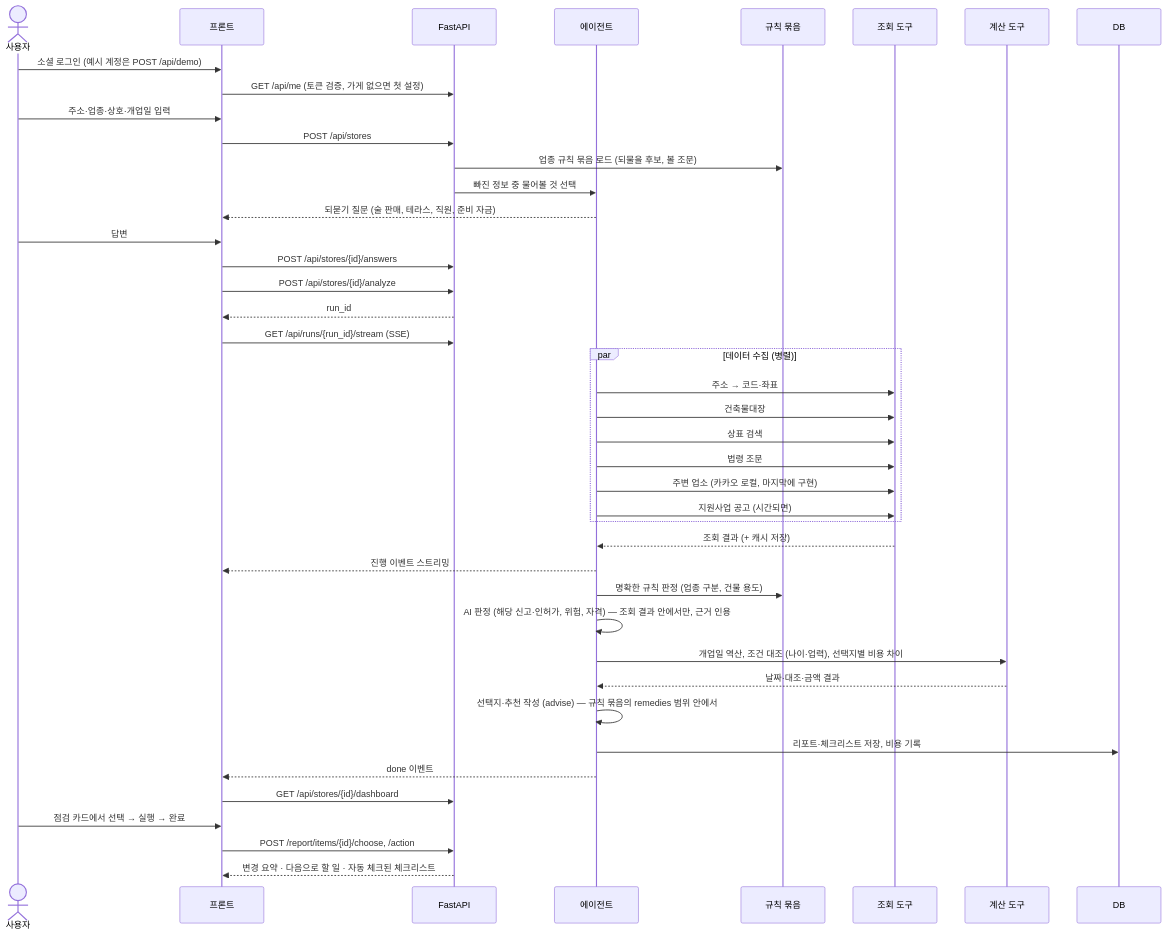
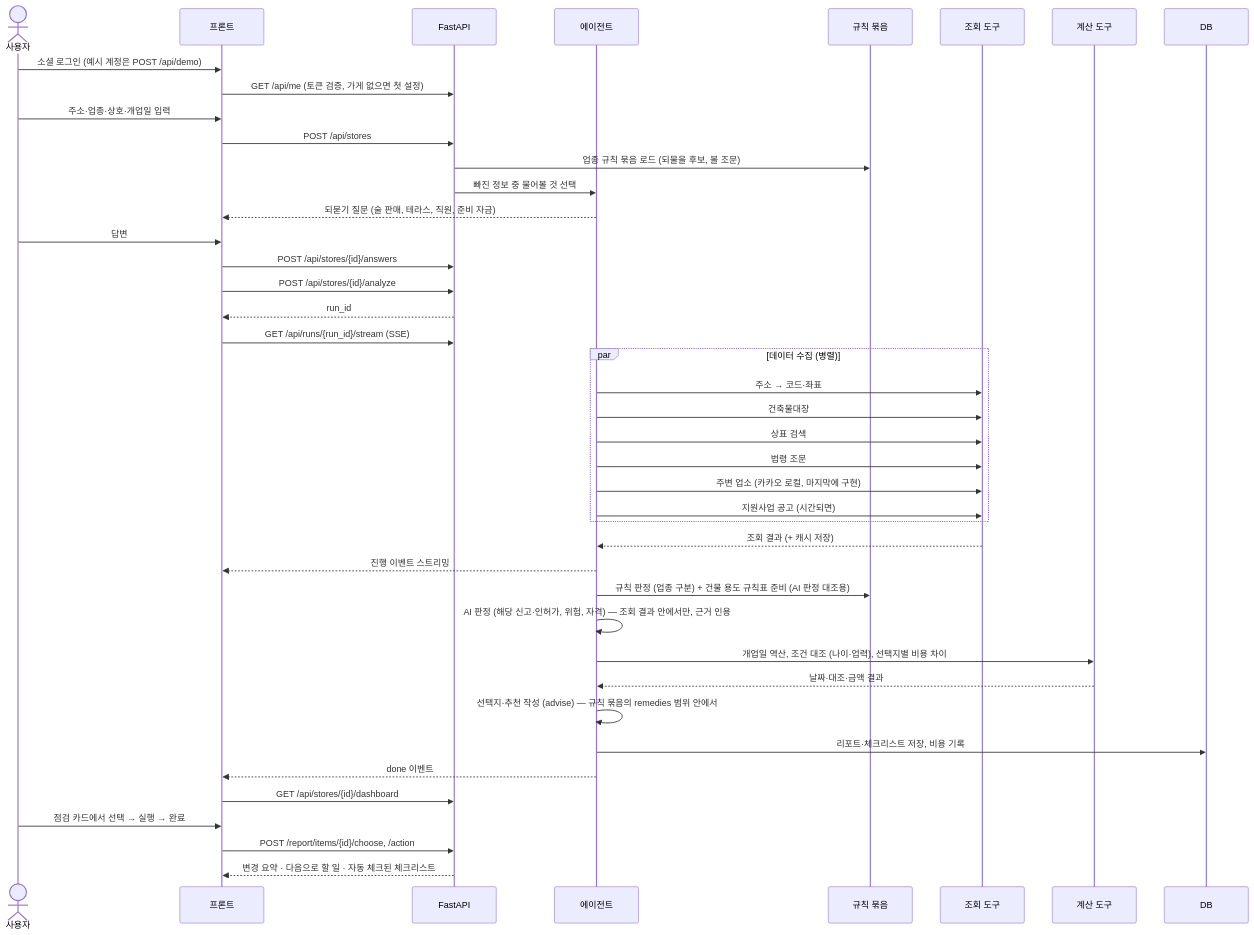
One commit to kimtaeg/Foundy changed the second of 4 diagrams in docs/아키텍처_인프라.md. Above: the diagram before and after it, drawn with Mermaid. The commit also changed other lines of this file and 9 other files, not shown here.

````diff
--- a/docs/아키텍처_인프라.md
+++ b/docs/아키텍처_인프라.md
@@ -115,45 +115,45 @@
 ```mermaid
 sequenceDiagram
     actor U as 사용자
     participant FE as 프론트
     participant API as FastAPI
     participant AG as 에이전트
     participant RP as 규칙 묶음
     participant T as 조회 도구
     participant C as 계산 도구
     participant DB as DB
 
     U->>FE: 소셜 로그인 (예시 계정은 POST /api/demo)
     FE->>API: GET /api/me (토큰 검증, 가게 없으면 첫 설정)
     U->>FE: 주소·업종·상호·개업일 입력
     FE->>API: POST /api/stores
     API->>RP: 업종 규칙 묶음 로드 (되물을 후보, 볼 조문)
     API->>AG: 빠진 정보 중 물어볼 것 선택
     AG-->>FE: 되묻기 질문 (술 판매, 테라스, 직원, 준비 자금)
     U->>FE: 답변
     FE->>API: POST /api/stores/{id}/answers
     FE->>API: POST /api/stores/{id}/analyze
     API-->>FE: run_id
     FE->>API: GET /api/runs/{run_id}/stream (SSE)
     par 데이터 수집 (병렬)
         AG->>T: 주소 → 코드·좌표
         AG->>T: 건축물대장
         AG->>T: 상표 검색
         AG->>T: 법령 조문
         AG->>T: 주변 업소 (카카오 로컬, 마지막에 구현)
     AG->>T: 지원사업 공고 (시간되면)
     end
     T-->>AG: 조회 결과 (+ 캐시 저장)
     AG-->>FE: 진행 이벤트 스트리밍
-    AG->>RP: 명확한 규칙 판정 (업종 구분, 건물 용도)
+    AG->>RP: 규칙 판정 (업종 구분) + 건물 용도 규칙표 준비 (AI 판정 대조용)
     AG->>AG: AI 판정 (해당 신고·인허가, 위험, 자격) — 조회 결과 안에서만, 근거 인용
     AG->>C: 개업일 역산, 조건 대조 (나이·업력), 선택지별 비용 차이
     C-->>AG: 날짜·대조·금액 결과
     AG->>AG: 선택지·추천 작성 (advise) — 규칙 묶음의 remedies 범위 안에서
     AG->>DB: 리포트·체크리스트 저장, 비용 기록
     AG-->>FE: done 이벤트
     FE->>API: GET /api/stores/{id}/dashboard
     U->>FE: 점검 카드에서 선택 → 실행 → 완료
     FE->>API: POST /report/items/{id}/choose, /action
     API-->>FE: 변경 요약 · 다음으로 할 일 · 자동 체크된 체크리스트
 ```
````
